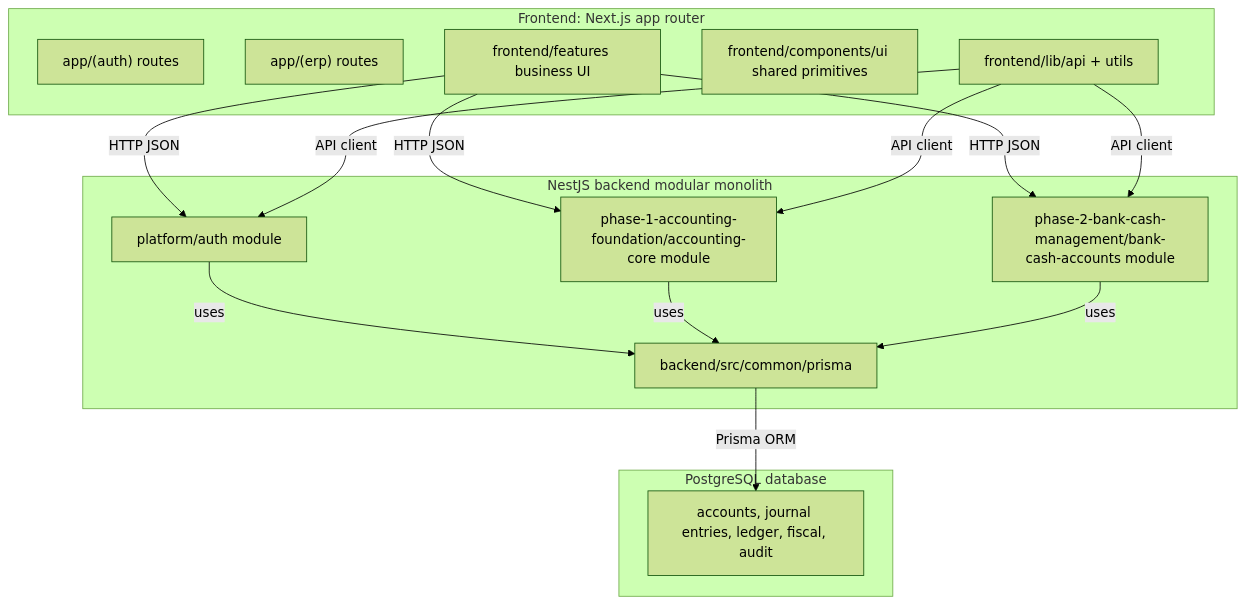
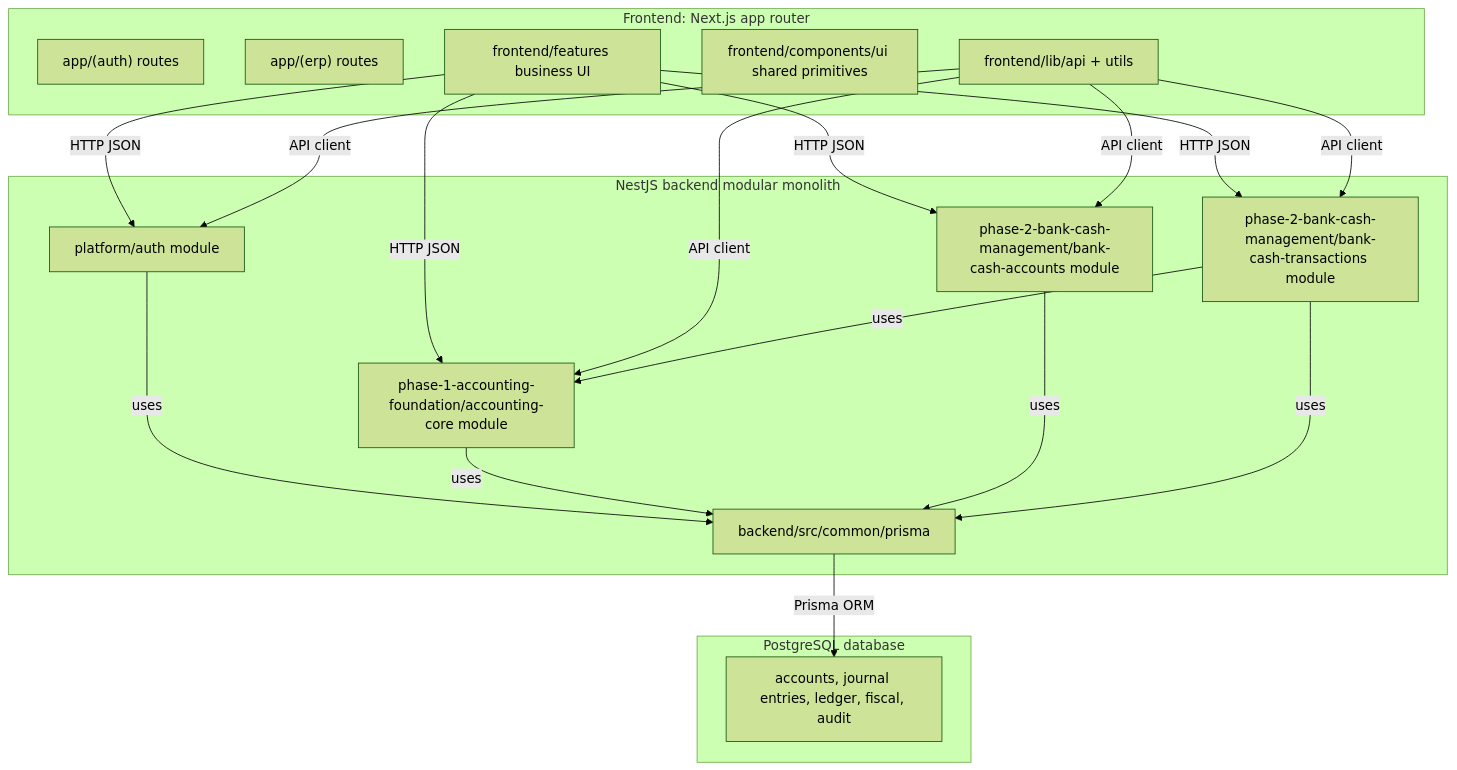
One commit to Abdalrhman-zadain/simple-account changed the first of 3 diagrams in docs/system-structure-report.md. Above: the diagram before and after it, drawn with Mermaid (forest theme). The commit also changed other lines of this file and 49 other files, not shown here.

First line of the commit message:
Implement phase 2 bank cash workflows

````diff
--- a/docs/system-structure-report.md
+++ b/docs/system-structure-report.md
@@ -48,32 +48,37 @@
 ```mermaid
 flowchart TB
   subgraph Frontend["Frontend: Next.js app router"]
     A1["app/(auth) routes"]
     A2["app/(erp) routes"]
     A3["frontend/features business UI"]
     A4["frontend/components/ui shared primitives"]
     A5["frontend/lib/api + utils"]
   end
 
   subgraph Backend["NestJS backend modular monolith"]
     B1["platform/auth module"]
     B2["phase-1-accounting-foundation/accounting-core module"]
     B4["phase-2-bank-cash-management/bank-cash-accounts module"]
+    B5["phase-2-bank-cash-management/bank-cash-transactions module"]
     B3["backend/src/common/prisma"]
   end
 
   subgraph Database["PostgreSQL database"]
     C1["accounts, journal entries, ledger, fiscal, audit"]
   end
 
   A3 -->|HTTP JSON| B1
   A3 -->|HTTP JSON| B2
   A3 -->|HTTP JSON| B4
+  A3 -->|HTTP JSON| B5
   A5 -->|API client| B1
   A5 -->|API client| B2
   A5 -->|API client| B4
+  A5 -->|API client| B5
   B1 -->|uses| B3
   B2 -->|uses| B3
   B4 -->|uses| B3
+  B5 -->|uses| B2
+  B5 -->|uses| B3
   B3 -->|Prisma ORM| C1
 ```
````
